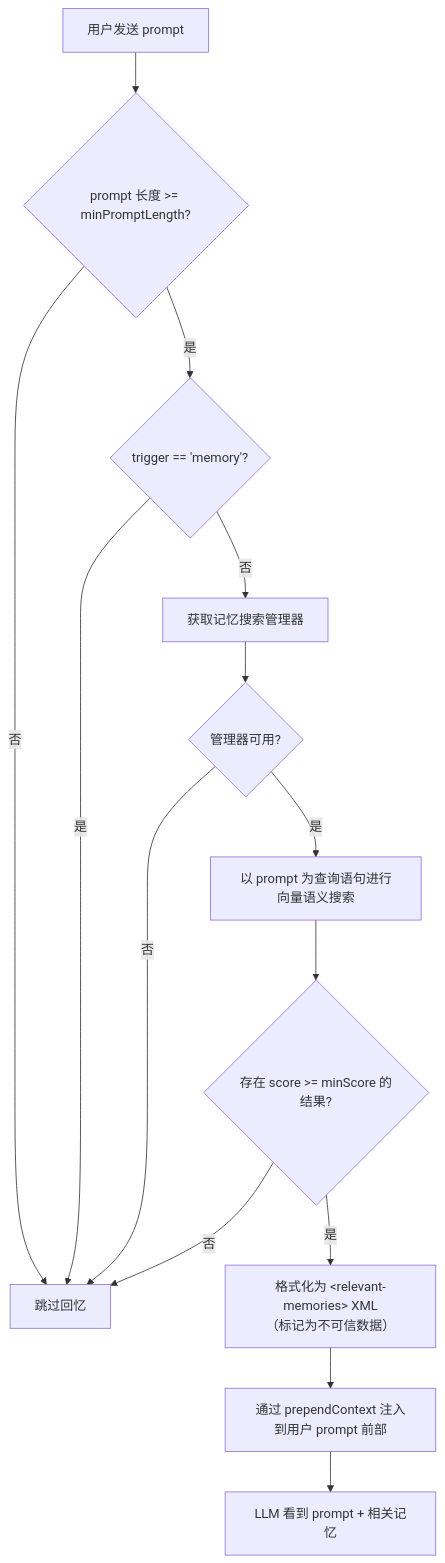
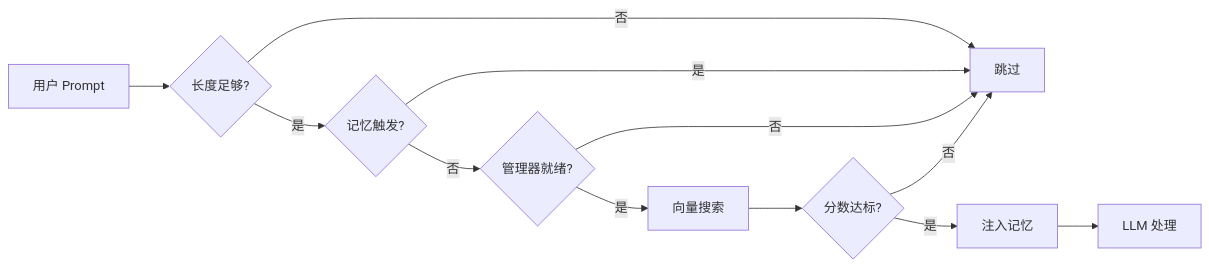
One commit to aloong-planet/openclaw-memory-core-plus changed the first of 2 diagrams in README.zh-CN.md. Above: the diagram before and after it, drawn with Mermaid. The commit also changed other lines of this file and 1 other file, not shown here.

Commit message:
docs: compact mermaid diagrams with LR layout and shorter labels
Switch flowchart direction from TD (top-down) to LR (left-right) and
shorten node labels to reduce diagram size on GitHub rendering.

🤖 Generated with [Claude Code](https://claude.com/claude-code)

````diff
--- a/README.zh-CN.md
+++ b/README.zh-CN.md
@@ -77,16 +77,14 @@
 ```mermaid
-flowchart TD
-    A[用户发送 prompt] --> B{prompt 长度 >= minPromptLength?}
-    B -- 否 --> C[跳过回忆]
-    B -- 是 --> D{"trigger == 'memory'?"}
-    D -- 是 --> C
-    D -- 否 --> E[获取记忆搜索管理器]
-    E --> F{管理器可用?}
-    F -- 否 --> C
-    F -- 是 --> G[以 prompt 为查询语句进行向量语义搜索]
-    G --> H{存在 score >= minScore 的结果?}
-    H -- 否 --> C
-    H -- 是 --> I["格式化为 &lt;relevant-memories&gt; XML\n（标记为不可信数据）"]
-    I --> J[通过 prependContext 注入到用户 prompt 前部]
-    J --> K[LLM 看到 prompt + 相关记忆]
+flowchart LR
+    A[用户 Prompt] --> B{长度足够?}
+    B -- 否 --> X[跳过]
+    B -- 是 --> C{记忆触发?}
+    C -- 是 --> X
+    C -- 否 --> D{管理器就绪?}
+    D -- 否 --> X
+    D -- 是 --> E[向量搜索]
+    E --> F{分数达标?}
+    F -- 否 --> X
+    F -- 是 --> G[注入记忆]
+    G --> H[LLM 处理]
 ```
````
